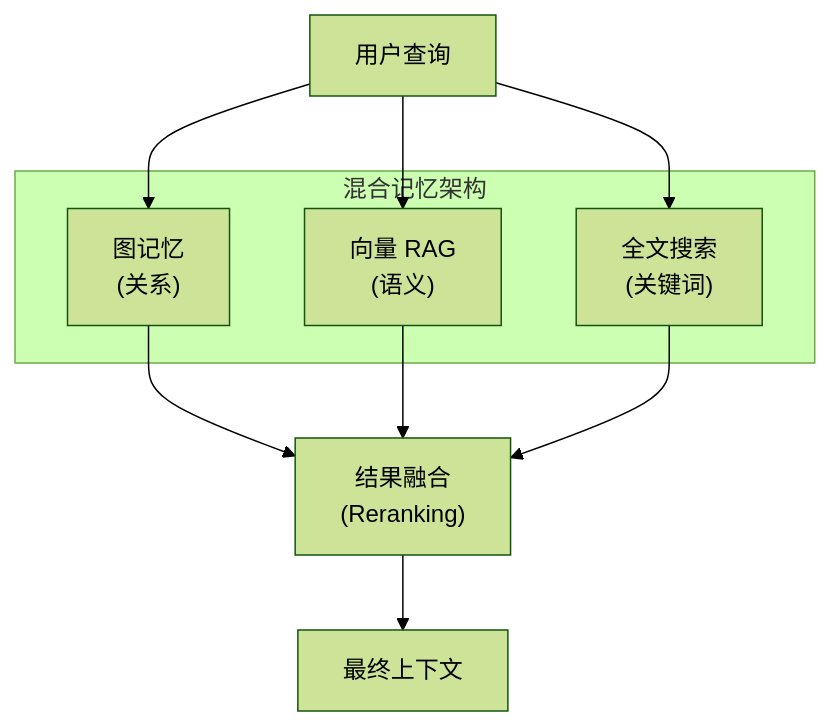
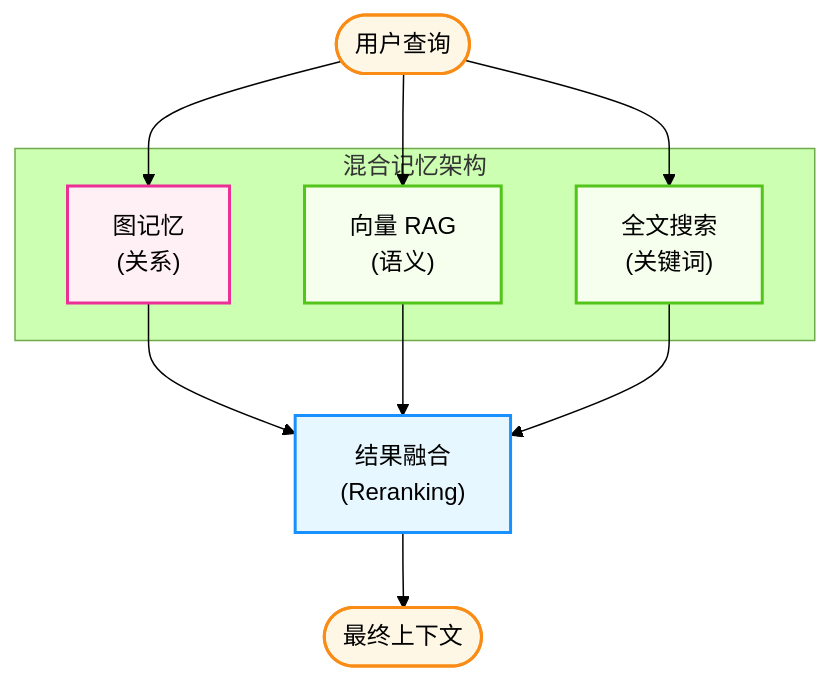
Before and after one commit to yeasy/agentic_ai_guide: the third of 4 diagrams in 03_memory/3.5_graph_memory.md, drawn with Mermaid (forest theme). The commit also changed other lines of this file and 36 other files, not shown here.

````diff
--- a/03_memory/3.5_graph_memory.md
+++ b/03_memory/3.5_graph_memory.md
@@ -108,23 +123,35 @@
 ```mermaid
 graph TD
-    UserQuery["用户查询"]
+    %% Agentic Design System
+    classDef user fill:#fff7e6,stroke:#fa8c16,stroke-width:2px;
+    classDef memory fill:#fff0f6,stroke:#eb2f96,stroke-width:2px;
+    classDef tool fill:#f6ffed,stroke:#52c41a,stroke-width:2px;
+    classDef agent fill:#e6f7ff,stroke:#1890ff,stroke-width:2px;
+
+    UserQuery(["用户查询"])
     
     subgraph Components["混合记忆架构"]
         GraphMem["图记忆<br/>(关系)"]
         VectorRAG["向量 RAG<br/>(语义)"]
         FullText["全文搜索<br/>(关键词)"]
     end
     
     Merge["结果融合<br/>(Reranking)"]
-    FinalContext["最终上下文"]
+    FinalContext(["最终上下文"])
     
     UserQuery --> GraphMem
     UserQuery --> VectorRAG
     UserQuery --> FullText
     
     GraphMem --> Merge
     VectorRAG --> Merge
     FullText --> Merge
     
     Merge --> FinalContext
+    
+    class UserQuery user;
+    class GraphMem memory;
+    class VectorRAG,FullText tool;
+    class Merge agent;
+    class FinalContext user;
 ```
````
